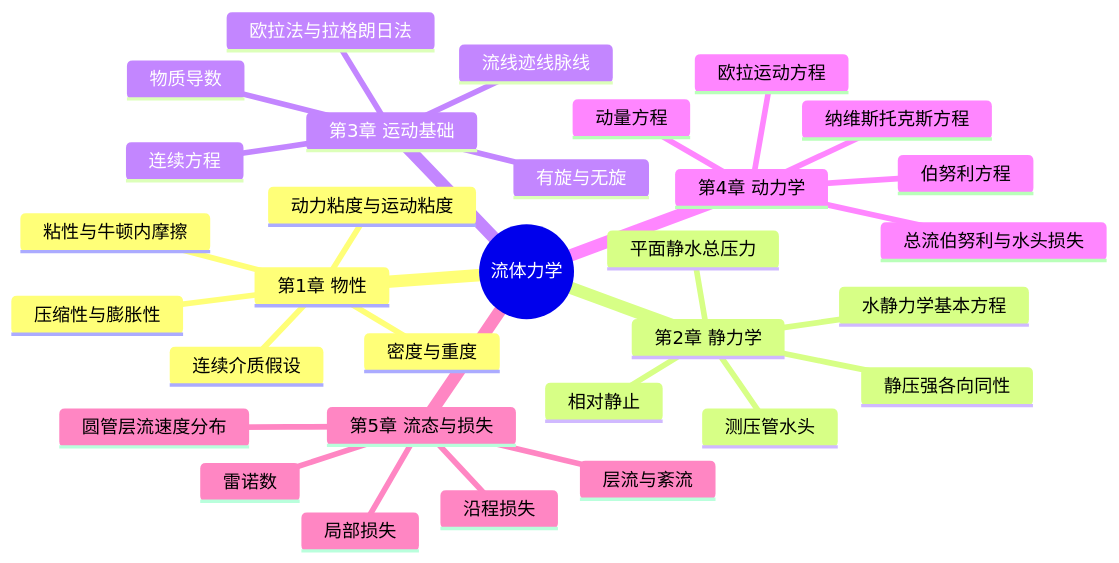
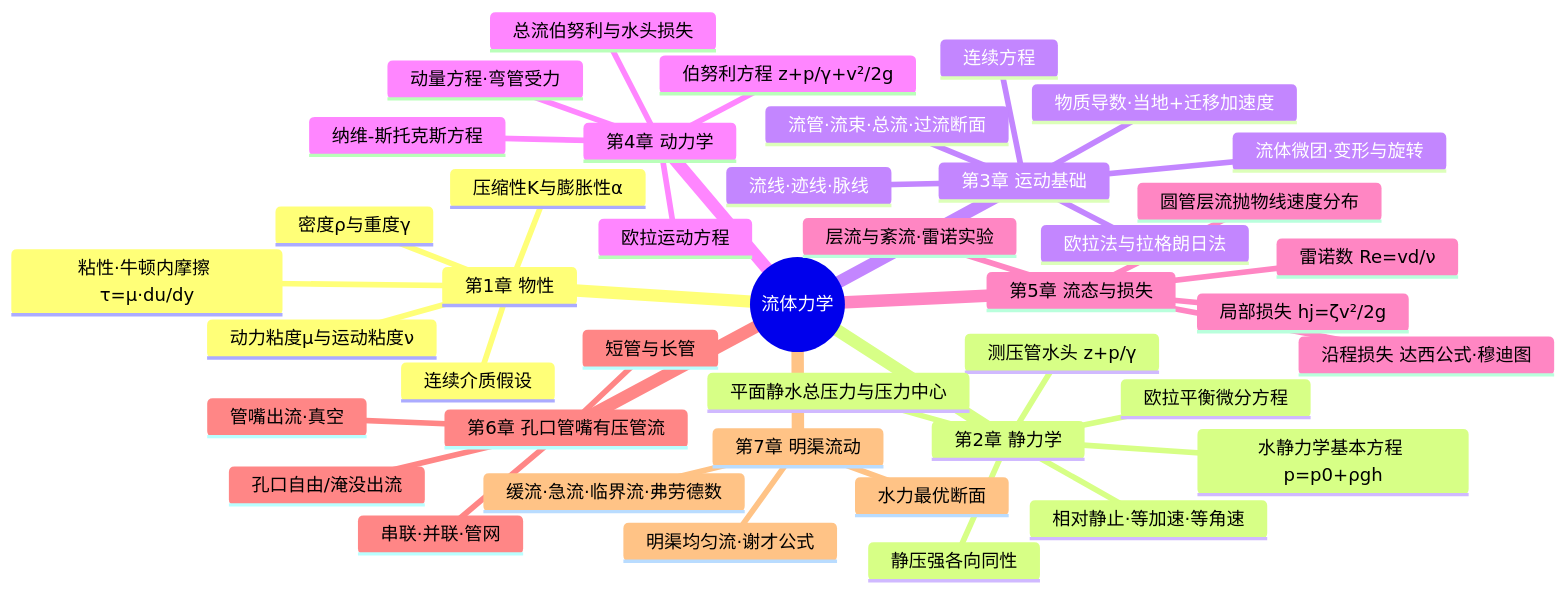
The first of 6 diagrams in 流体力学/02_解析成果/_素材/_例题精解.md (dao-genesis/xuexi-fuxi), drawn with Mermaid before and after one commit. The commit also changed other lines of this file and 1 other file, not shown here.

First line of the commit message:
feat(流体力学): 例题精解·图文深化 — PDF原页直插+大幅扩充

````diff
--- a/流体力学/02_解析成果/_素材/_例题精解.md
+++ b/流体力学/02_解析成果/_素材/_例题精解.md
@@ -10,34 +13,45 @@
 ```mermaid
 mindmap
   root((流体力学))
     第1章 物性
       连续介质假设
-      密度与重度
-      粘性与牛顿内摩擦
-      动力粘度与运动粘度
-      压缩性与膨胀性
+      密度ρ与重度γ
+      粘性·牛顿内摩擦 τ=μ·du/dy
+      动力粘度μ与运动粘度ν
+      压缩性K与膨胀性α
     第2章 静力学
       静压强各向同性
-      水静力学基本方程
-      测压管水头
-      平面静水总压力
-      相对静止
+      欧拉平衡微分方程
+      水静力学基本方程 p=p0+ρgh
+      测压管水头 z+p/γ
+      平面静水总压力与压力中心
+      相对静止·等加速·等角速
     第3章 运动基础
       欧拉法与拉格朗日法
-      流线迹线脉线
-      物质导数
+      流线·迹线·脉线
+      流管·流束·总流·过流断面
+      物质导数·当地+迁移加速度
+      流体微团·变形与旋转
       连续方程
-      有旋与无旋
     第4章 动力学
       欧拉运动方程
-      伯努利方程
+      伯努利方程 z+p/γ+v²/2g
       总流伯努利与水头损失
-      动量方程
-      纳维斯托克斯方程
+      动量方程·弯管受力
+      纳维-斯托克斯方程
     第5章 流态与损失
-      雷诺数
-      层流与紊流
-      沿程损失
-      局部损失
-      圆管层流速度分布
+      雷诺数 Re=vd/ν
+      层流与紊流·雷诺实验
+      圆管层流抛物线速度分布
+      沿程损失 达西公式·穆迪图
+      局部损失 hj=ζv²/2g
+    第6章 孔口管嘴有压管流
+      孔口自由/淹没出流
+      管嘴出流·真空
+      短管与长管
+      串联·并联·管网
+    第7章 明渠流动
+      明渠均匀流·谢才公式
+      水力最优断面
+      缓流·急流·临界流·弗劳德数
 ```
````
